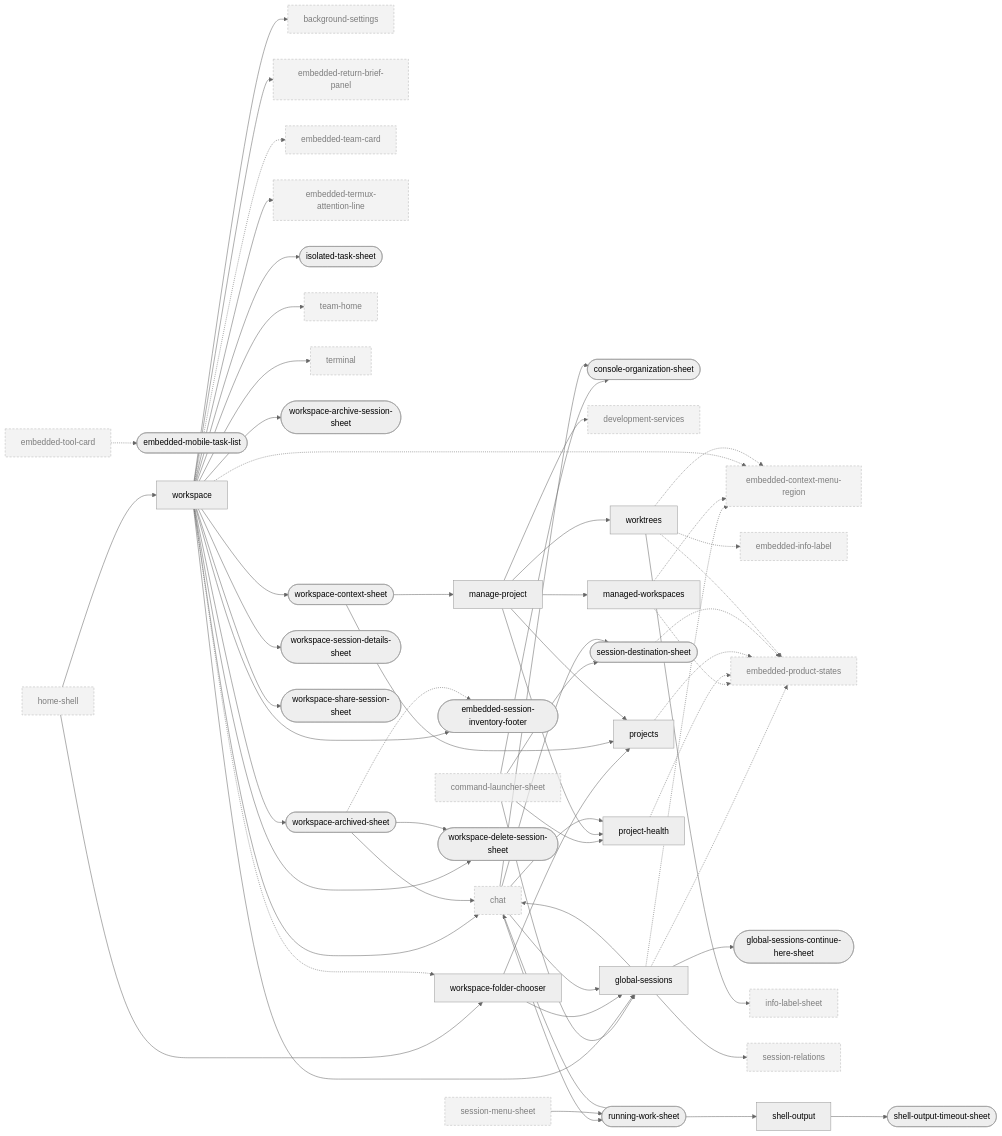
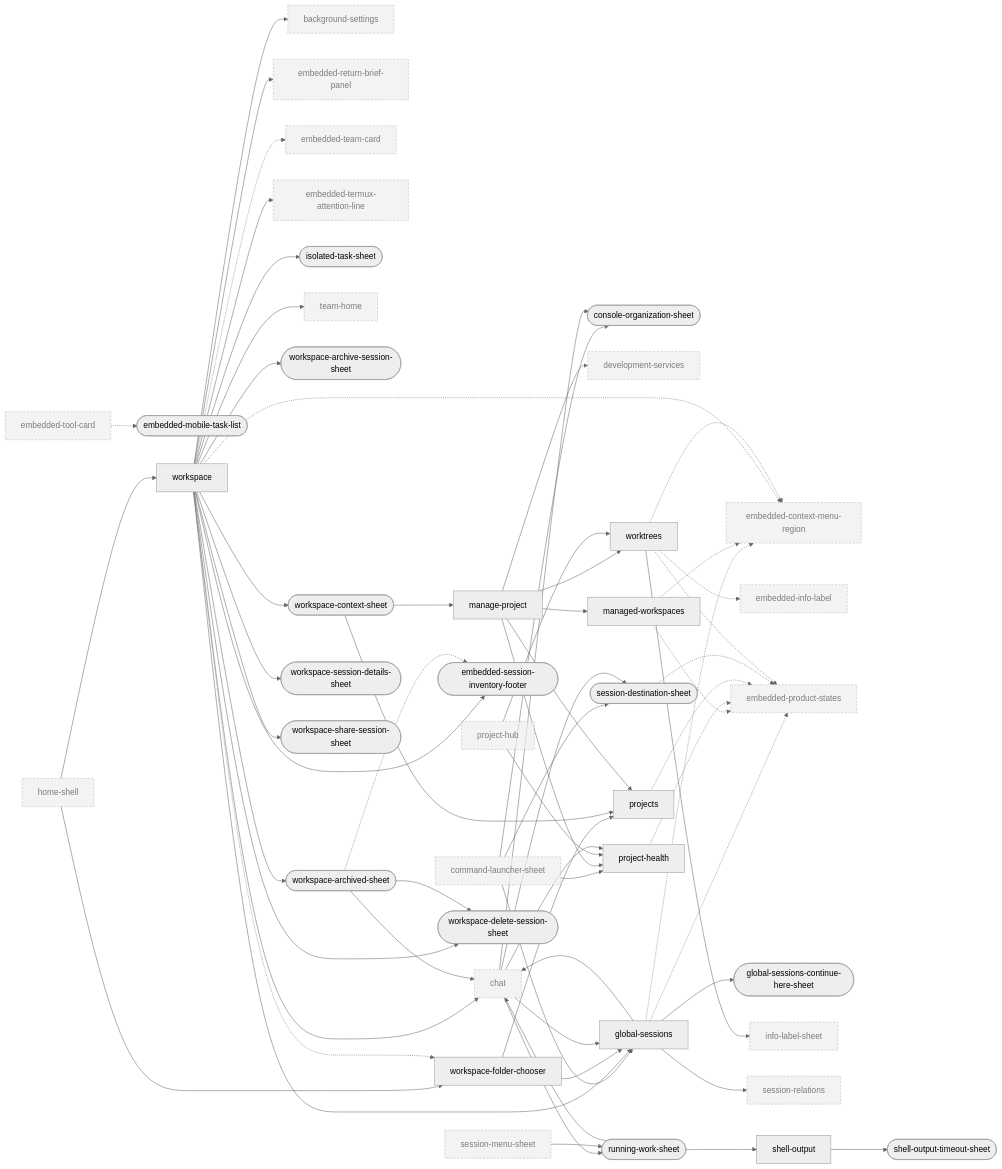
Before and after one commit to Breskott/opencode-mobile-next: the third of 10 diagrams in docs/design/ui-ledger/navigation.md, drawn with Mermaid (neutral theme). The commit also changed other lines of this file and 22 other files, not shown here.

```diff
--- a/docs/design/ui-ledger/navigation.md
+++ b/docs/design/ui-ledger/navigation.md
@@ -472,6 +472,7 @@
   manage_project["manage-project"]
   managed_workspaces["managed-workspaces"]
   project_health["project-health"]
+  project_hub["project-hub"]:::ext
   projects["projects"]
   running_work_sheet(["running-work-sheet"])
   session_destination_sheet(["session-destination-sheet"])
@@ -480,7 +481,6 @@
   shell_output["shell-output"]
   shell_output_timeout_sheet(["shell-output-timeout-sheet"])
   team_home["team-home"]:::ext
-  terminal["terminal"]:::ext
   workspace["workspace"]
   workspace_archive_session_sheet(["workspace-archive-session-sheet"])
   workspace_archived_sheet(["workspace-archived-sheet"])
@@ -507,7 +507,6 @@
   workspace --> workspace_share_session_sheet
   workspace --> workspace_archive_session_sheet
   workspace --> workspace_delete_session_sheet
-  workspace --> terminal
   workspace --> background_settings
   workspace --> workspace_archived_sheet
   workspace --> isolated_task_sheet
@@ -530,6 +529,8 @@
   running_work_sheet --> chat
   running_work_sheet --> shell_output
   shell_output --> shell_output_timeout_sheet
+  project_hub --> project_health
+  project_hub --> worktrees
   home_shell --> workspace_folder_chooser
   global_sessions -.-> embedded_context_menu_region
   managed_workspaces -.-> embedded_context_menu_region
```
